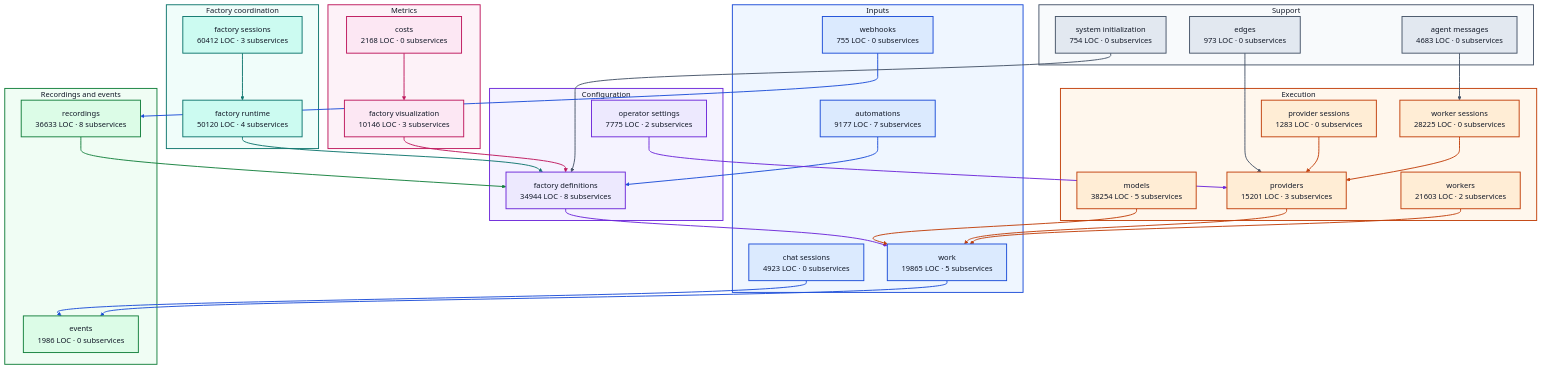
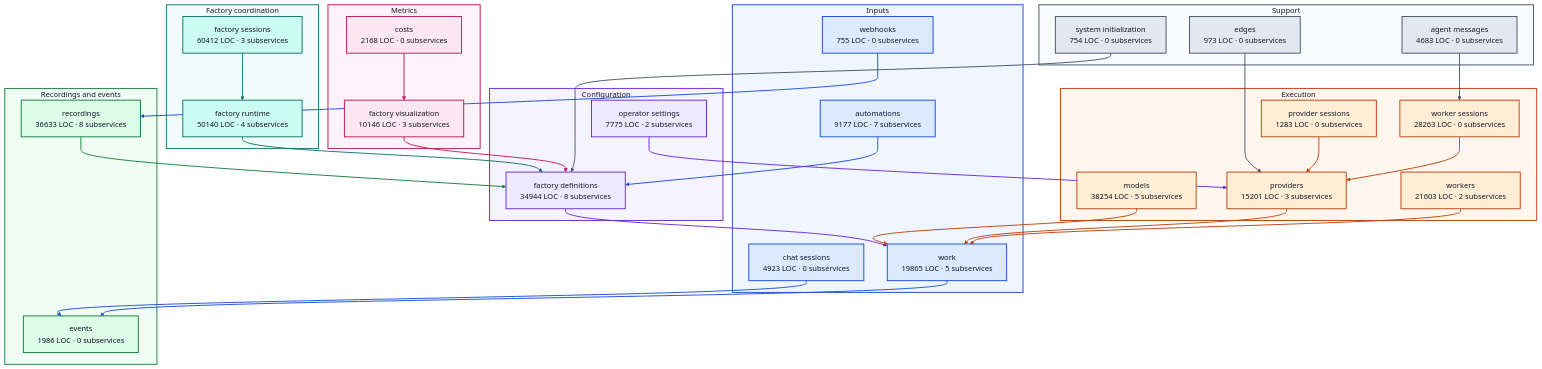
The diagram in docs/architecture/visualizations/high-level-backend.md (portpowered/you-agent-factory), drawn with Mermaid (neutral theme) before and after one commit. The commit also changed other lines of this file and 21 other files, not shown here.

Commit message:
docs: refresh backend architecture visualizations (#3282)

```diff
--- a/docs/architecture/visualizations/high-level-backend.md
+++ b/docs/architecture/visualizations/high-level-backend.md
@@ -13,14 +13,14 @@
     s_services_operator_settings["operator settings<br/>7775 LOC · 2 subservices"]
   end
   subgraph coordination["Factory coordination"]
-    s_services_factory_runtime["factory runtime<br/>50120 LOC · 4 subservices"]
+    s_services_factory_runtime["factory runtime<br/>50140 LOC · 4 subservices"]
     s_services_factory_sessions["factory sessions<br/>60412 LOC · 3 subservices"]
   end
   subgraph execution["Execution"]
     s_services_models["models<br/>38254 LOC · 5 subservices"]
     s_services_provider_sessions["provider sessions<br/>1283 LOC · 0 subservices"]
     s_services_providers["providers<br/>15201 LOC · 3 subservices"]
-    s_services_worker_sessions["worker sessions<br/>28225 LOC · 0 subservices"]
+    s_services_worker_sessions["worker sessions<br/>28263 LOC · 0 subservices"]
     s_services_workers["workers<br/>21603 LOC · 2 subservices"]
   end
   subgraph recordings["Recordings and events"]
```
